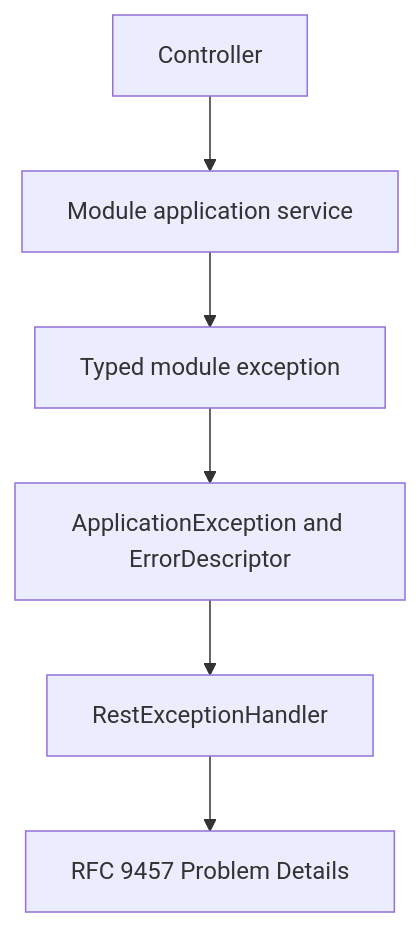
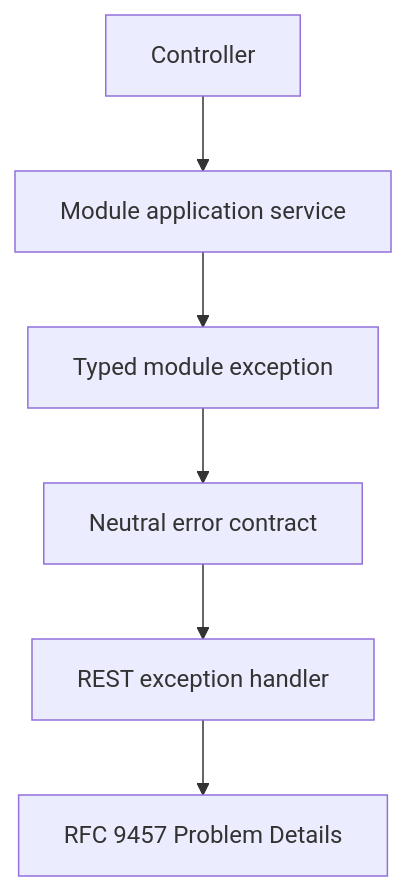
One commit to kundankumar7/optrabidz changed the diagram in docs/error-handling/work-items/KAN-24-module-migration/assets/architecture.mmd. Above: the diagram before and after it, drawn with Mermaid. The commit also changed 21 other files, not shown here.

Commit message:
Refresh historical flow diagrams (KAN-39)

```diff
--- a/docs/error-handling/work-items/KAN-24-module-migration/assets/architecture.mmd
+++ b/docs/error-handling/work-items/KAN-24-module-migration/assets/architecture.mmd
@@ -1,6 +1,9 @@
 flowchart TD
+    accTitle: Module error translation architecture
+    accDescr: A controller delegates to a module application service, which raises a typed module exception and reaches the shared RFC 9457 Problem Details adapter through the neutral error contract.
+
     Controller["Controller"] --> Service["Module application service"]
     Service --> Exception["Typed module exception"]
-    Exception --> Neutral["ApplicationException and ErrorDescriptor"]
-    Neutral --> Handler["RestExceptionHandler"]
+    Exception --> Neutral["Neutral error contract"]
+    Neutral --> Handler["REST exception handler"]
     Handler --> Response["RFC 9457 Problem Details"]
```
